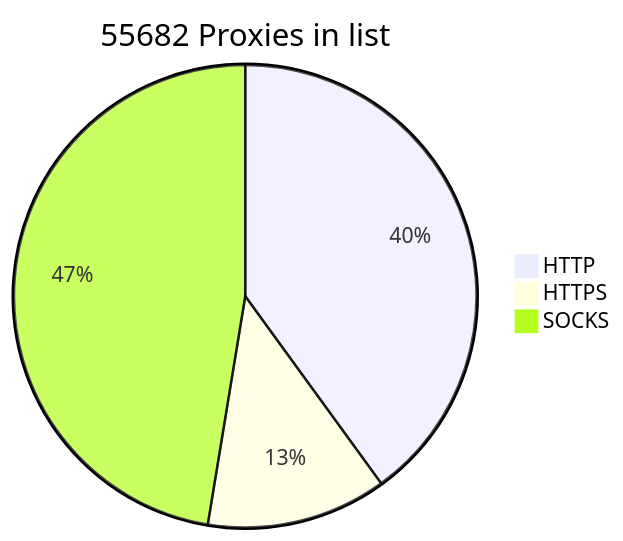
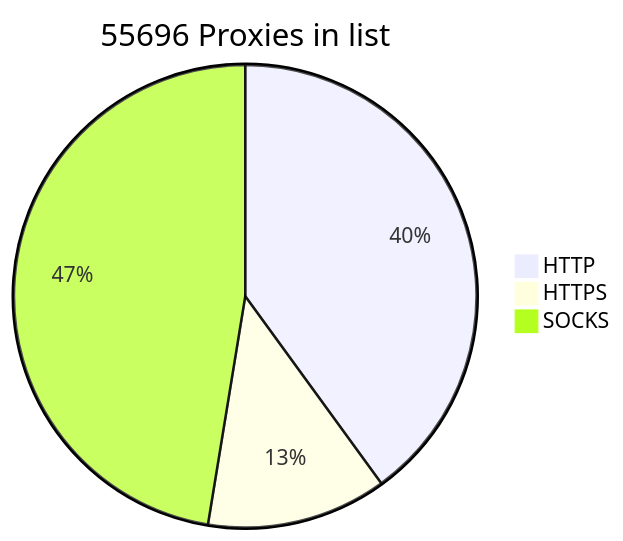
One commit to BlackSnowDot/proxylist-update-every-minute changed the diagram in README.md. Above: the diagram before and after it, drawn with Mermaid.

````diff
--- a/README.md
+++ b/README.md
@@ -2,6 +2,6 @@
 ```mermaid
-pie title 55682 Proxies in list
+pie title 55696 Proxies in list
     "HTTP" : 24945
     "HTTPS": 7852
-    "SOCKS" : 29563
+    "SOCKS" : 29577
 ```
````
